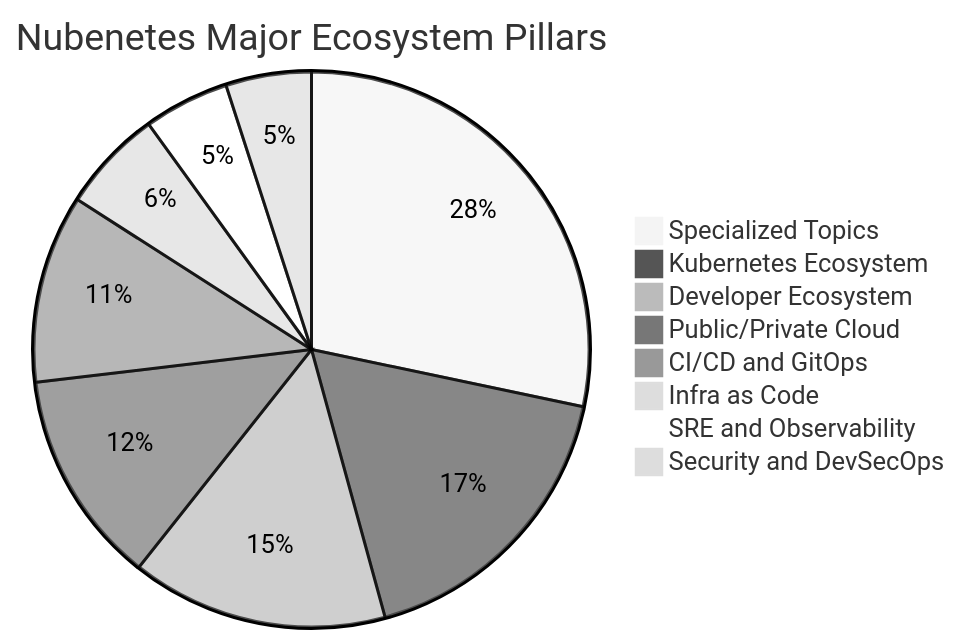
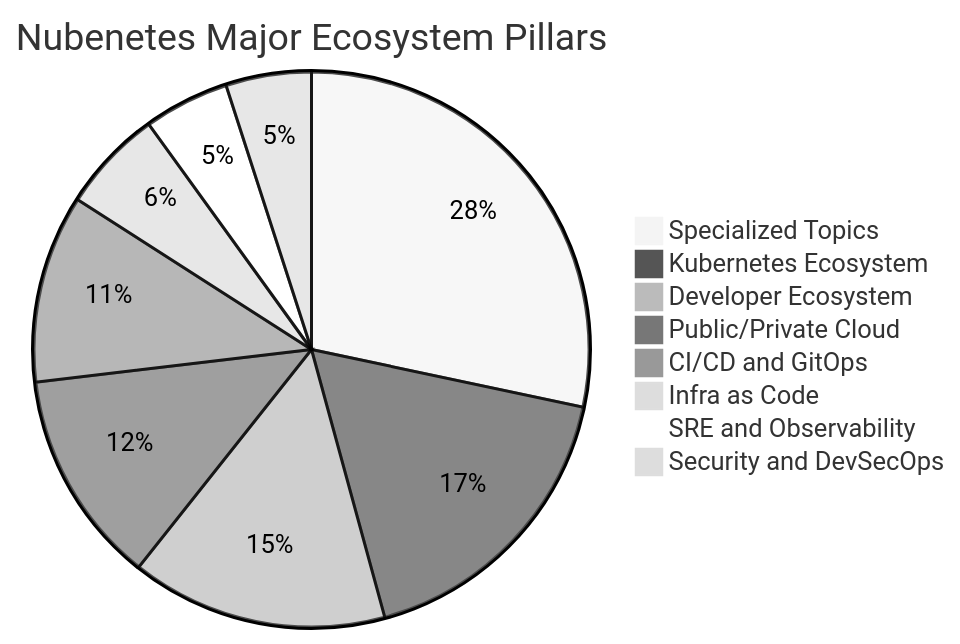
The second of 14 diagrams in README.md (nubenetes/awesome-kubernetes), drawn with Mermaid (neutral theme) before and after one commit. The commit also changed other lines of this file, not shown here.

````diff
--- a/README.md
+++ b/README.md
@@ -308,11 +308,11 @@
 ```mermaid
 pie title Nubenetes Major Ecosystem Pillars
-    "Specialized Topics" : 5685
+    "Specialized Topics" : 5692
     "Kubernetes Ecosystem" : 3500
     "Developer Ecosystem" : 3000
     "Public/Private Cloud" : 2500
     "CI/CD and GitOps" : 2200
     "Infra as Code" : 1200
     "SRE and Observability" : 1000
     "Security and DevSecOps" : 1000
 ```
````
